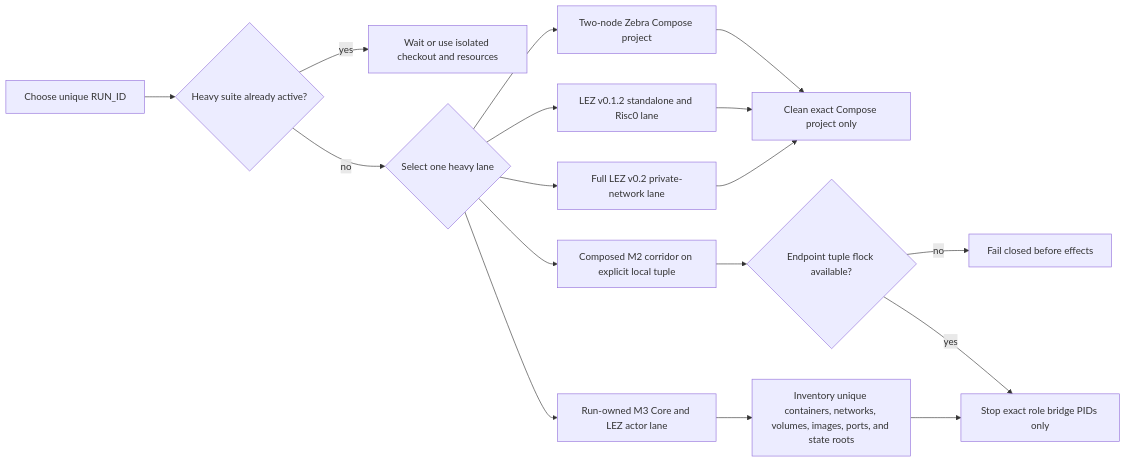
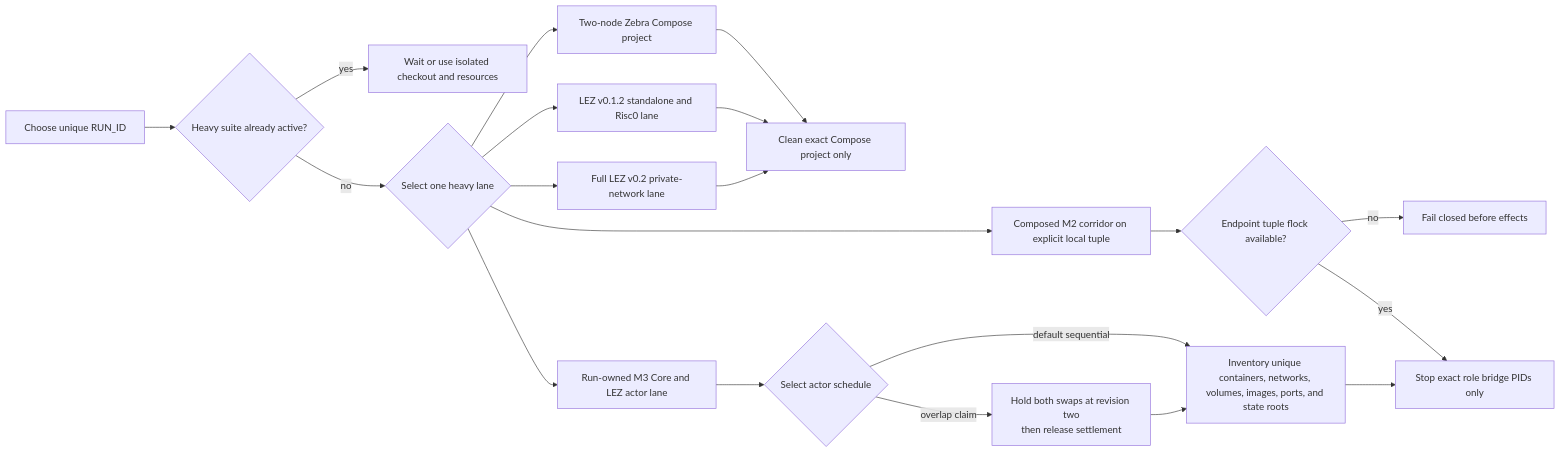
Before and after one commit to gateway-fm/lez-atomic-swaps: the tenth of 10 diagrams in docs/architecture/deployment-components-and-rpcs.md, drawn with Mermaid. The commit also changed other lines of this file and 4 other files, not shown here.

Commit message:
docs: map overlapping M3 actor flows

````diff
--- a/docs/architecture/deployment-components-and-rpcs.md
+++ b/docs/architecture/deployment-components-and-rpcs.md
@@ -831,19 +877,22 @@
 ```mermaid
 flowchart LR
     Start["Choose unique RUN_ID"] --> Check{"Heavy suite already active?"}
     Check -->|"yes"| Wait["Wait or use isolated checkout and resources"]
     Check -->|"no"| Choose{"Select one heavy lane"}
     Choose --> Zebra["Two-node Zebra Compose project"]
     Choose --> Lez["LEZ v0.1.2 standalone and Risc0 lane"]
     Choose --> LezV02["Full LEZ v0.2 private-network lane"]
     Choose --> Corridor["Composed M2 corridor on explicit local tuple"]
     Choose --> M3Actor["Run-owned M3 Core and LEZ actor lane"]
-    M3Actor --> Ownership["Inventory unique containers, networks, volumes, images, ports, and state roots"]
+    M3Actor --> M3Schedule{"Select actor schedule"}
+    M3Schedule -->|"default sequential"| Ownership["Inventory unique containers, networks, volumes, images, ports, and state roots"]
+    M3Schedule -->|"overlap claim"| Barrier["Hold both swaps at revision two<br/>then release settlement"]
+    Barrier --> Ownership
     Ownership --> RoleCleanup
     Corridor --> Lock{"Endpoint tuple flock available?"}
     Lock -->|"no"| Refuse["Fail closed before effects"]
     Lock -->|"yes"| RoleCleanup["Stop exact role bridge PIDs only"]
     Zebra --> ScopedCleanup["Clean exact Compose project only"]
     Lez --> ScopedCleanup
     LezV02 --> ScopedCleanup
 ```
````
